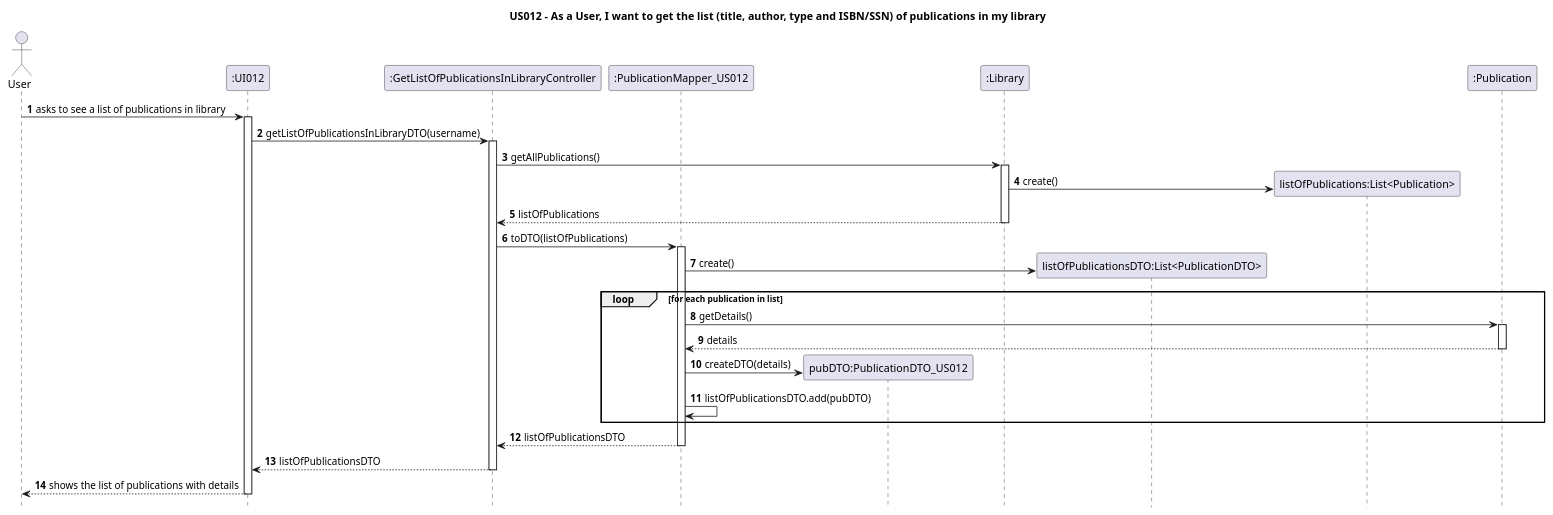
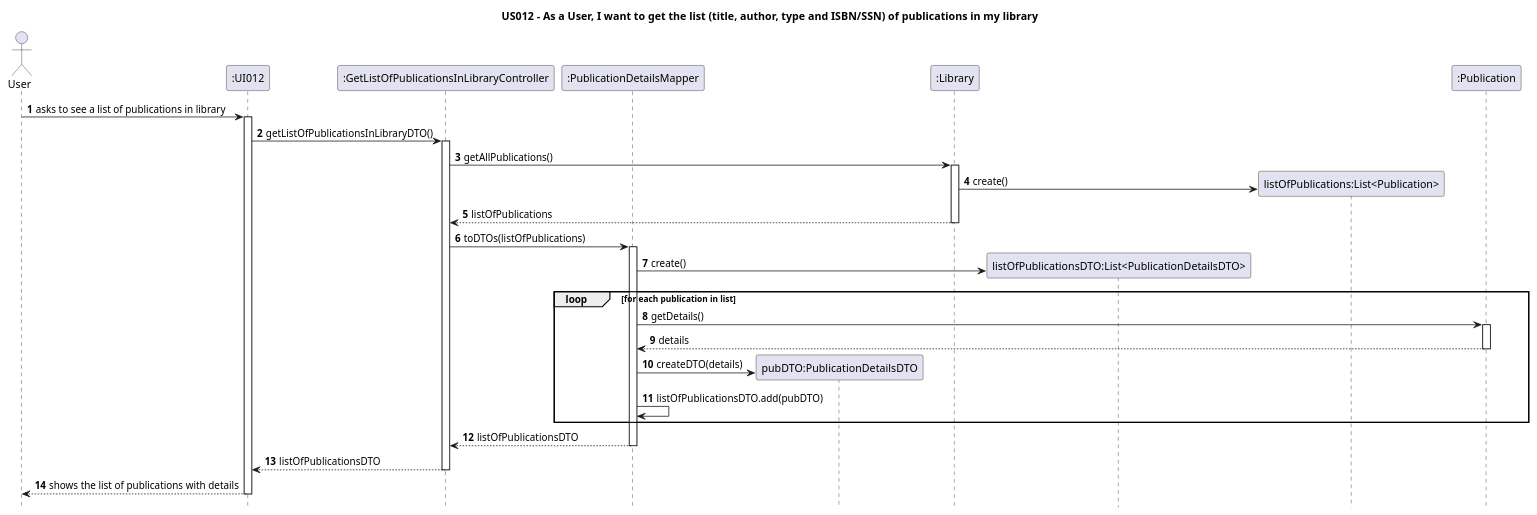
Before and after one commit to AndrePereiraGitH/SWitCH-Project-Team_A: the diagram in Diagrams/SequenceDiagrams/N2/US012-to-get-list-of-publications-in-my-library.puml, drawn with PlantUML. The commit also changed 17 other files, not shown here.

```diff
--- a/Diagrams/SequenceDiagrams/N2/US012-to-get-list-of-publications-in-my-library.puml
+++ b/Diagrams/SequenceDiagrams/N2/US012-to-get-list-of-publications-in-my-library.puml
@@ -1,72 +1,72 @@
 @startuml
 autonumber
 hide footbox
 title US012 - As a User, I want to get the list (title, author, type and ISBN/SSN) of publications in my library
 
 
 actor User
 participant ":UI012" as UI
 
 
 
 participant ":GetListOfPublicationsInLibraryController" as Ctrl
 
 
 
-participant ":PublicationMapper_US012" as Mapper
-participant "pubDTO:PublicationDTO_US012" as DTO
+participant ":PublicationDetailsMapper" as Mapper
+participant "pubDTO:PublicationDetailsDTO" as DTO
 
 
 
 participant ":Library" as LibDomain
 
-participant "listOfPublicationsDTO:List<PublicationDTO>" as ListDTO
+participant "listOfPublicationsDTO:List<PublicationDetailsDTO>" as ListDTO
 
 participant "listOfPublications:List<Publication>" as ListPubs
 
 participant ":Publication" as PubDomain
 
 
 
 
 
 User -> UI : asks to see a list of publications in library
 activate UI
 
-UI -> Ctrl: getListOfPublicationsInLibraryDTO(username)
+UI -> Ctrl: getListOfPublicationsInLibraryDTO()
 activate Ctrl
 Ctrl -> LibDomain: getAllPublications()
 activate LibDomain
 
 LibDomain -> ListPubs **: create()
 
 LibDomain --> Ctrl: listOfPublications
 deactivate LibDomain
 
 
-Ctrl -> Mapper: toDTO(listOfPublications)
+Ctrl -> Mapper: toDTOs(listOfPublications)
 
 activate Mapper
 Mapper -> ListDTO **: create()
 
 
     loop for each publication in list
         Mapper -> PubDomain: getDetails()
         activate PubDomain
         PubDomain --> Mapper: details
         deactivate PubDomain
 
         Mapper -> DTO ** : createDTO(details)
        
         Mapper -> Mapper: listOfPublicationsDTO.add(pubDTO)
     end
 
 Mapper --> Ctrl: listOfPublicationsDTO
 deactivate Mapper
 
 Ctrl --> UI: listOfPublicationsDTO
 deactivate Ctrl
 
 UI --> User : shows the list of publications with details
 deactivate UI
 @enduml
```
